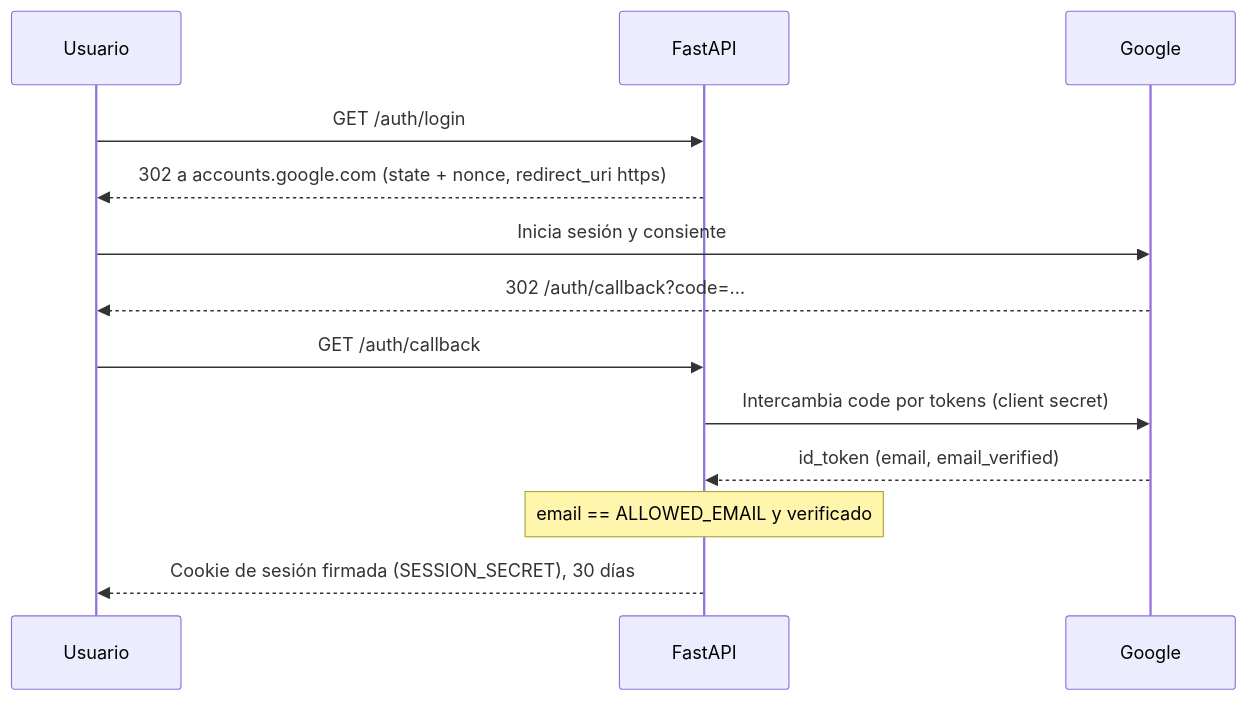
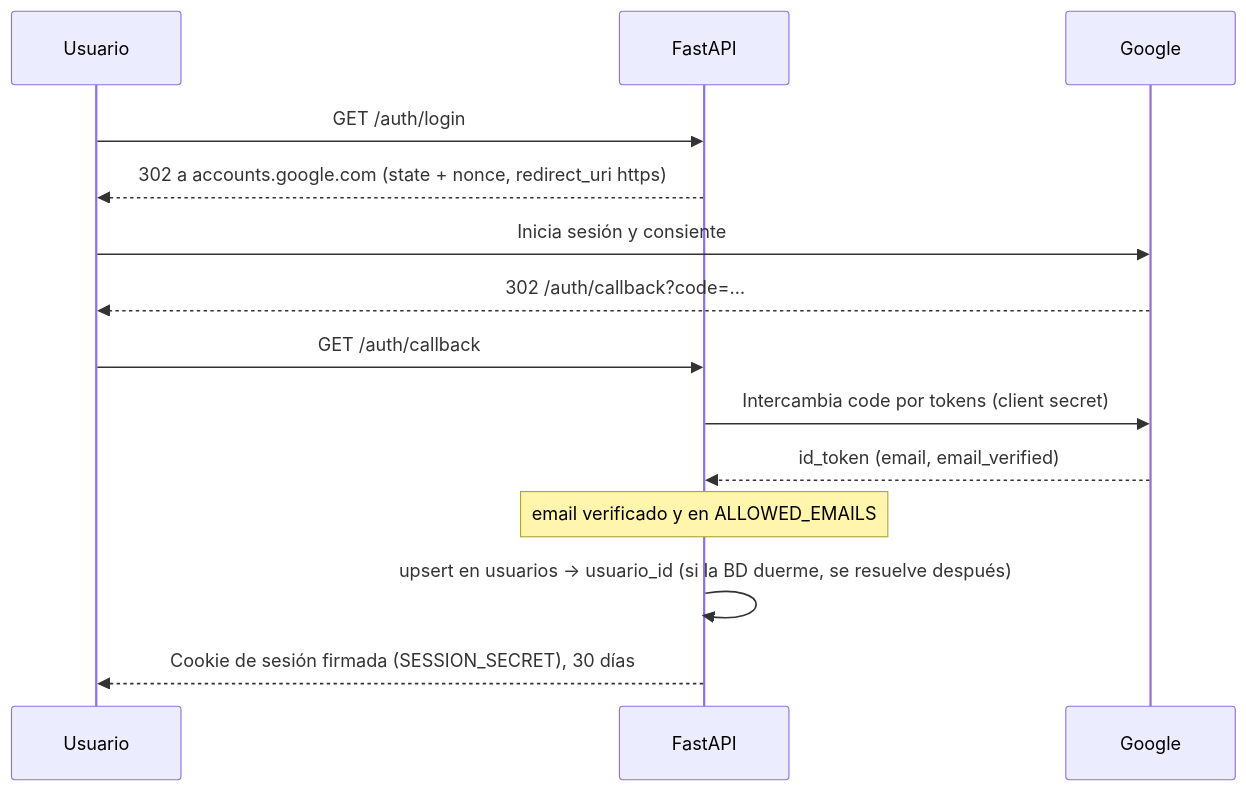
The third of 7 diagrams in docs/ARQUITECTURA.md (orlandohf/gcp-fabric-finanzas), drawn with Mermaid before and after one commit. The commit also changed other lines of this file and 8 other files, not shown here.

````diff
--- a/docs/ARQUITECTURA.md
+++ b/docs/ARQUITECTURA.md
@@ -280,15 +342,16 @@
 ```mermaid
 sequenceDiagram
   participant U as Usuario
   participant A as FastAPI
   participant G as Google
   U->>A: GET /auth/login
   A-->>U: 302 a accounts.google.com (state + nonce, redirect_uri https)
   U->>G: Inicia sesión y consiente
   G-->>U: 302 /auth/callback?code=…
   U->>A: GET /auth/callback
   A->>G: Intercambia code por tokens (client secret)
   G-->>A: id_token (email, email_verified)
-  Note over A: email == ALLOWED_EMAIL y verificado
+  Note over A: email verificado y en ALLOWED_EMAILS
+  A->>A: upsert en usuarios → usuario_id (si la BD duerme, se resuelve después)
   A-->>U: Cookie de sesión firmada (SESSION_SECRET), 30 días
 ```
````
